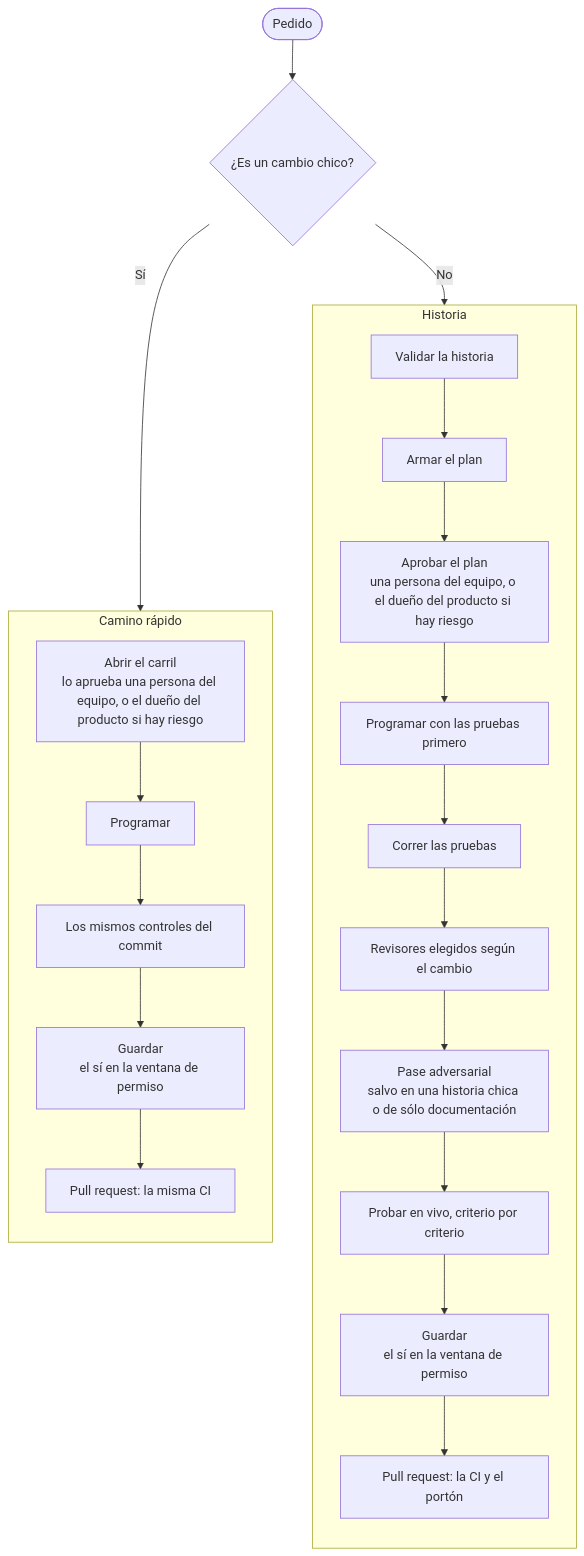
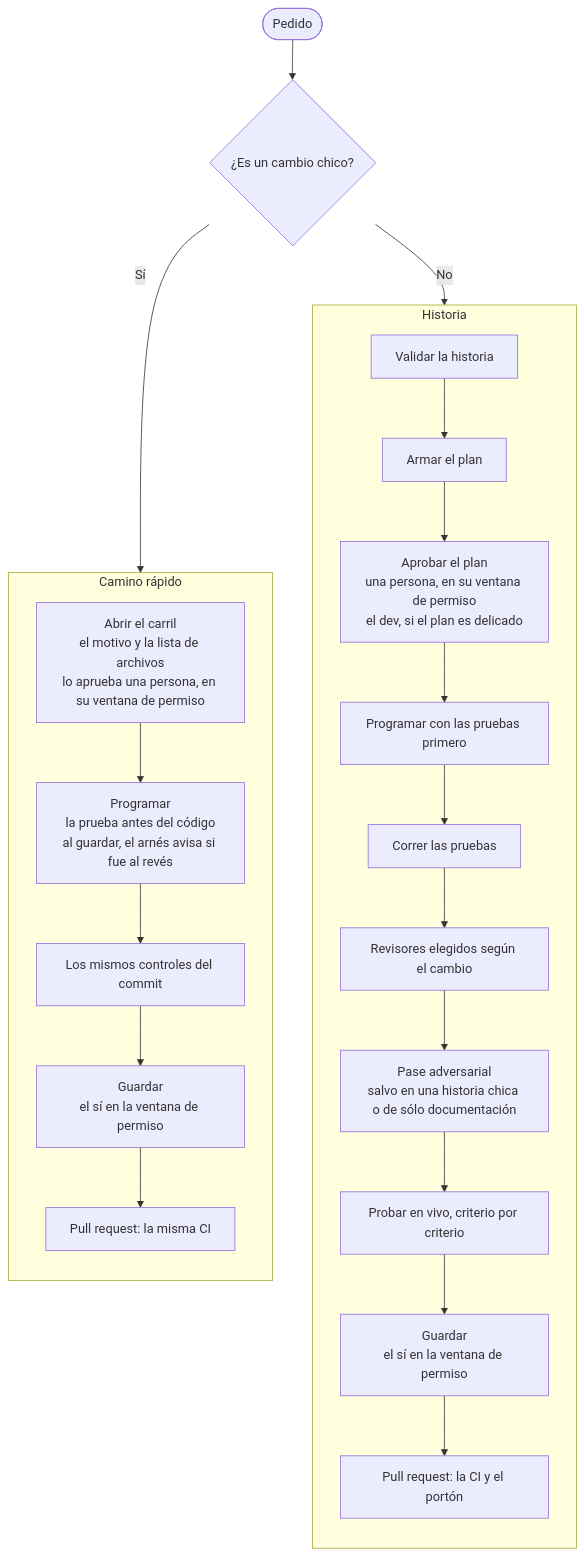
One commit to TYCON-SA/tycon-harness changed the diagram in README.es.md. Above: the diagram before and after it, drawn with Mermaid. The commit also changed other lines of this file and 2 other files, not shown here.

First line of the commit message:
docs(portada): quién aprueba, como lo hace el código

````diff
--- a/README.es.md
+++ b/README.es.md
@@ -51,25 +53,25 @@
 ```mermaid
 flowchart TB
   pedido(["Pedido"]) --> tamano{"¿Es un cambio chico?"}
   tamano -- "No" --> h1
   tamano -- "Sí" --> r1
   subgraph historia ["Historia"]
     direction TB
     h1["Validar la historia"] --> h2["Armar el plan"]
-    h2 --> h3["Aprobar el plan<br/>una persona del equipo, o el dueño del producto si hay riesgo"]
+    h2 --> h3["Aprobar el plan<br/>una persona, en su ventana de permiso<br/>el dev, si el plan es delicado"]
     h3 --> h4["Programar con las pruebas primero"]
     h4 --> h5["Correr las pruebas"]
     h5 --> h6["Revisores elegidos según el cambio"]
     h6 --> h7["Pase adversarial<br/>salvo en una historia chica o de sólo documentación"]
     h7 --> h8["Probar en vivo, criterio por criterio"]
     h8 --> h9["Guardar<br/>el sí en la ventana de permiso"]
     h9 --> h10["Pull request: la CI y el portón"]
   end
   subgraph rapido ["Camino rápido"]
     direction TB
-    r1["Abrir el carril<br/>lo aprueba una persona del equipo, o el dueño del producto si hay riesgo"] --> r2["Programar"]
+    r1["Abrir el carril<br/>el motivo y la lista de archivos<br/>lo aprueba una persona, en su ventana de permiso"] --> r2["Programar<br/>la prueba antes del código<br/>al guardar, el arnés avisa si fue al revés"]
     r2 --> r3["Los mismos controles del commit"]
     r3 --> r4["Guardar<br/>el sí en la ventana de permiso"]
     r4 --> r5["Pull request: la misma CI"]
   end
 ```
````
